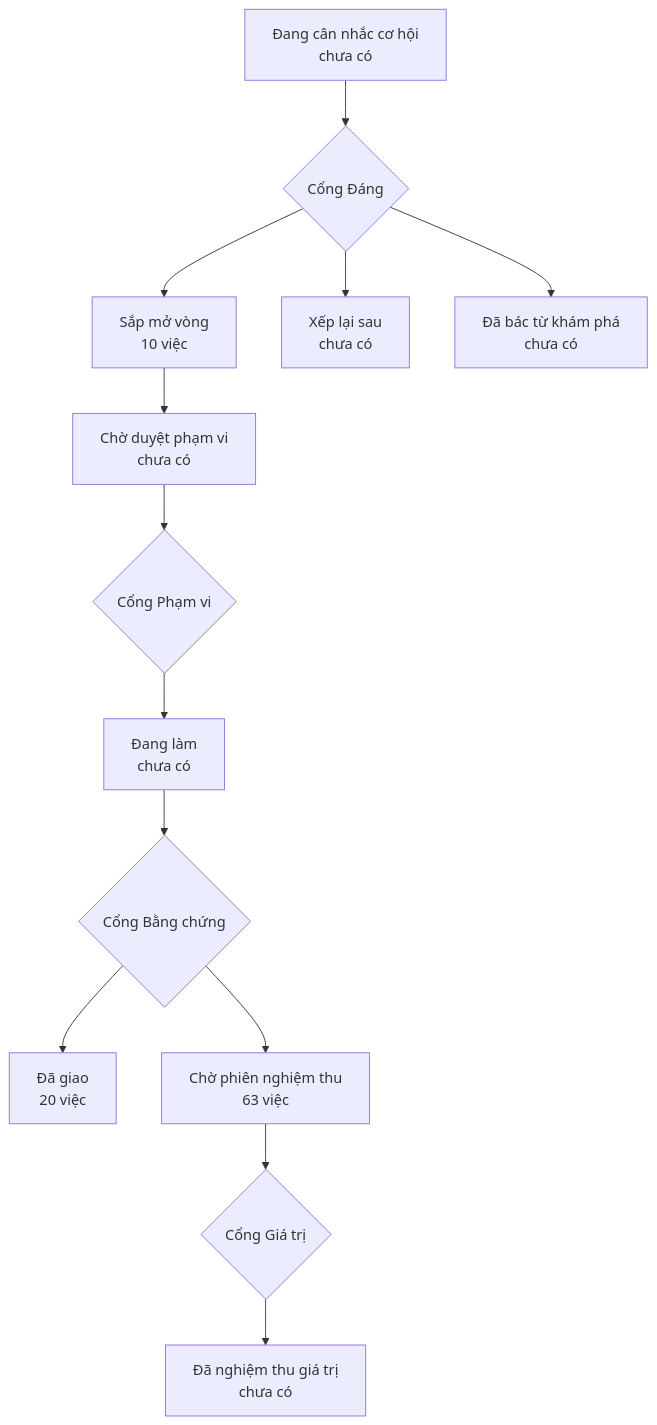
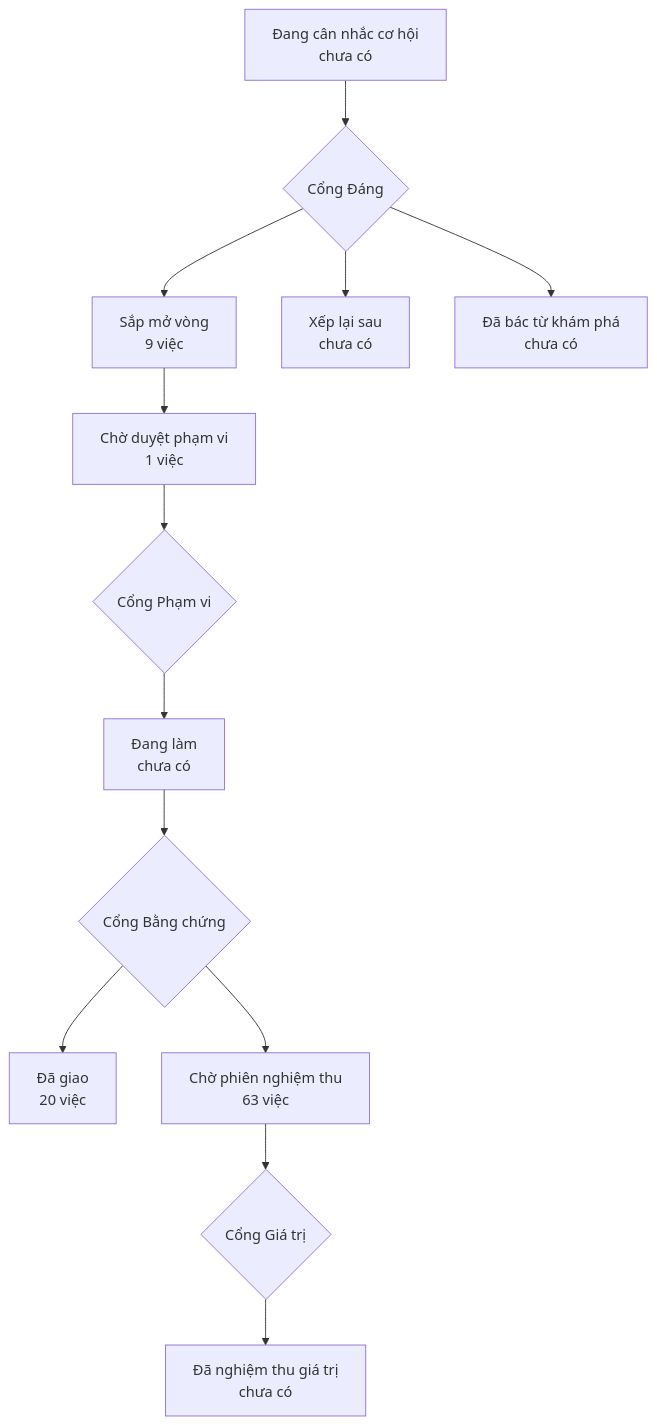
Before and after one commit to phanlemanh/onehub-quy-hang: the diagram in PRODUCT-MAP.md, drawn with Mermaid. The commit also changed other lines of this file and 13 other files, not shown here.

````diff
--- a/PRODUCT-MAP.md
+++ b/PRODUCT-MAP.md
@@ -7,12 +7,12 @@
 ```mermaid
 flowchart TD
   A["Đang cân nhắc cơ hội<br/>chưa có"] --> GD{"Cổng Đáng"}
-  GD --> B["Sắp mở vòng<br/>10 việc"]
+  GD --> B["Sắp mở vòng<br/>9 việc"]
   GD --> XL["Xếp lại sau<br/>chưa có"]
   GD --> DB["Đã bác từ khám phá<br/>chưa có"]
-  B --> CD["Chờ duyệt phạm vi<br/>chưa có"] --> GP{"Cổng Phạm vi"}
+  B --> CD["Chờ duyệt phạm vi<br/>1 việc"] --> GP{"Cổng Phạm vi"}
   GP --> DL["Đang làm<br/>chưa có"] --> GB{"Cổng Bằng chứng"}
   GB --> DG["Đã giao<br/>20 việc"]
   GB --> CN["Chờ phiên nghiệm thu<br/>63 việc"] --> GG{"Cổng Giá trị"}
   GG --> NT["Đã nghiệm thu giá trị<br/>chưa có"]
 ```
````
